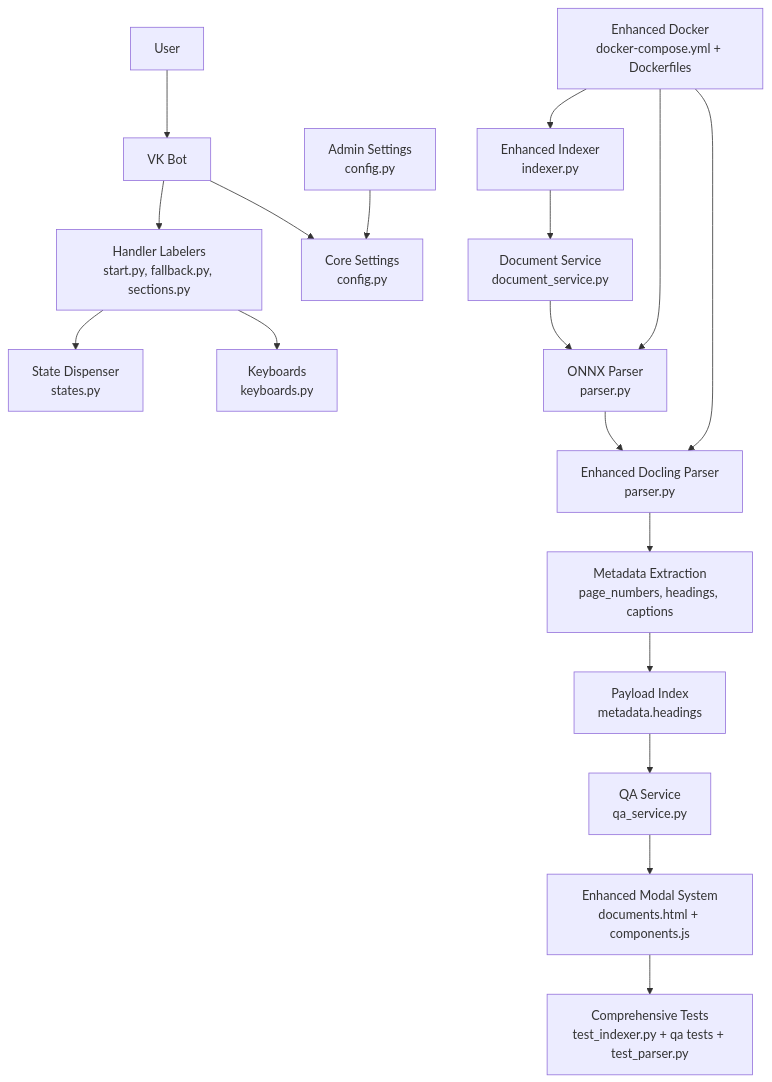
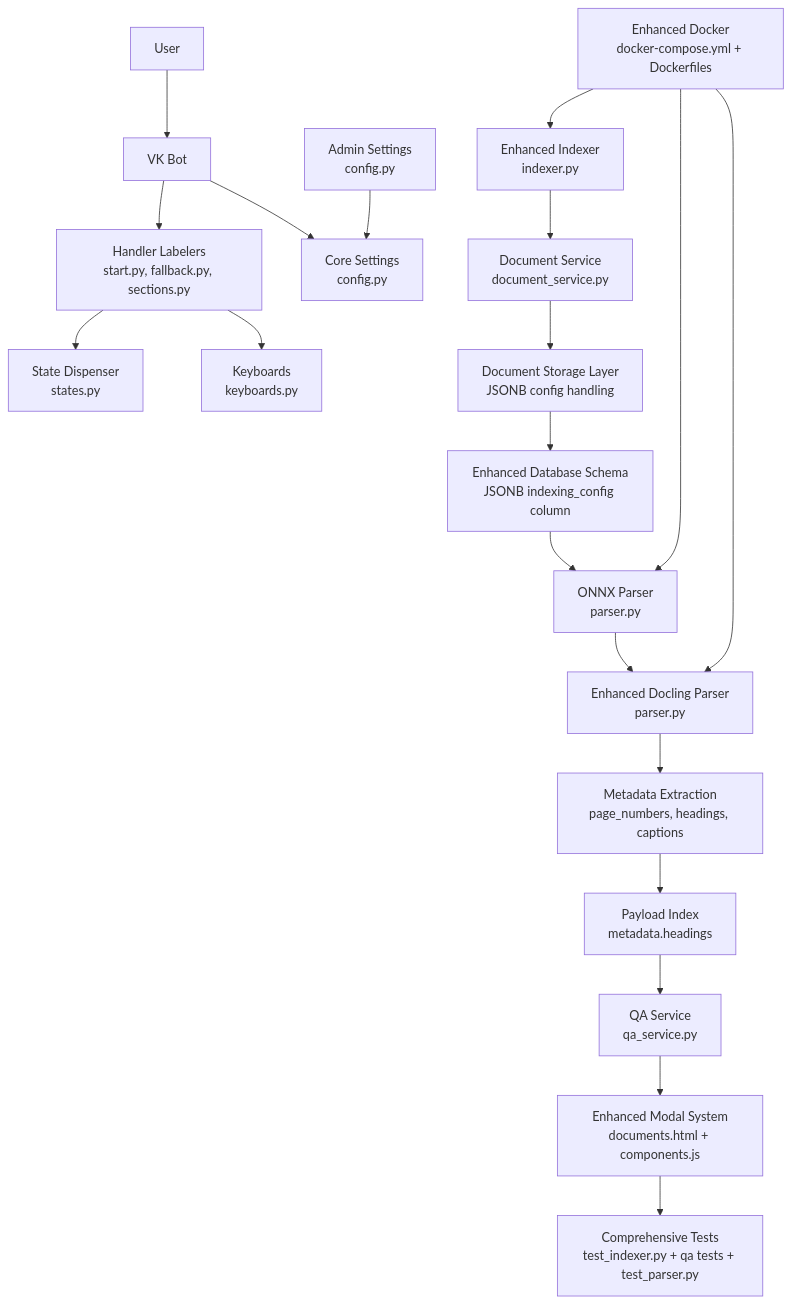
The second of 31 diagrams in .qoder/repowiki/en/content/Document Management System.md (ognelis/cafetera_hr_bot), drawn with Mermaid before and after one commit. The commit also changed other lines of this file and 9 other files, not shown here.

````diff
--- a/.qoder/repowiki/en/content/Document Management System.md
+++ b/.qoder/repowiki/en/content/Document Management System.md
@@ -163,37 +194,41 @@
 ```mermaid
 graph TB
 USER["User"]
 BOT["VK Bot"]
 LABELERS["Handler Labelers<br/>start.py, fallback.py, sections.py"]
 STATE["State Dispenser<br/>states.py"]
 KB["Keyboards<br/>keyboards.py"]
 CORECFG["Core Settings<br/>config.py"]
 ADMINCFG["Admin Settings<br/>config.py"]
 INDEXER["Enhanced Indexer<br/>indexer.py"]
 DOCSVC["Document Service<br/>document_service.py"]
 QA_SERVICE["QA Service<br/>qa_service.py"]
 PARSER["ONNX Parser<br/>parser.py"]
 DOCLET_PARSER["Enhanced Docling Parser<br/>parser.py"]
 METADATA_EXTRACTOR["Metadata Extraction<br/>page_numbers, headings, captions"]
 PAYLOAD_INDEX["Payload Index<br/>metadata.headings"]
 MODAL_SYS["Enhanced Modal System<br/>documents.html + components.js"]
 TESTS["Comprehensive Tests<br/>test_indexer.py + qa tests + test_parser.py"]
 DOCKER["Enhanced Docker<br/>docker-compose.yml + Dockerfiles"]
+DATABASE["Enhanced Database Schema<br/>JSONB indexing_config column"]
+STORAGE_LAYER["Document Storage Layer<br/>JSONB config handling"]
 USER --> BOT
 BOT --> LABELERS
 LABELERS --> STATE
 LABELERS --> KB
 BOT --> CORECFG
 ADMINCFG --> CORECFG
 INDEXER --> DOCSVC
-DOCSVC --> PARSER
+DOCSVC --> STORAGE_LAYER
+STORAGE_LAYER --> DATABASE
+DATABASE --> PARSER
 PARSER --> DOCLET_PARSER
 DOCLET_PARSER --> METADATA_EXTRACTOR
 METADATA_EXTRACTOR --> PAYLOAD_INDEX
 PAYLOAD_INDEX --> QA_SERVICE
 QA_SERVICE --> MODAL_SYS
 MODAL_SYS --> TESTS
 DOCKER --> INDEXER
 DOCKER --> PARSER
 DOCKER --> DOCLET_PARSER
 ```
````
